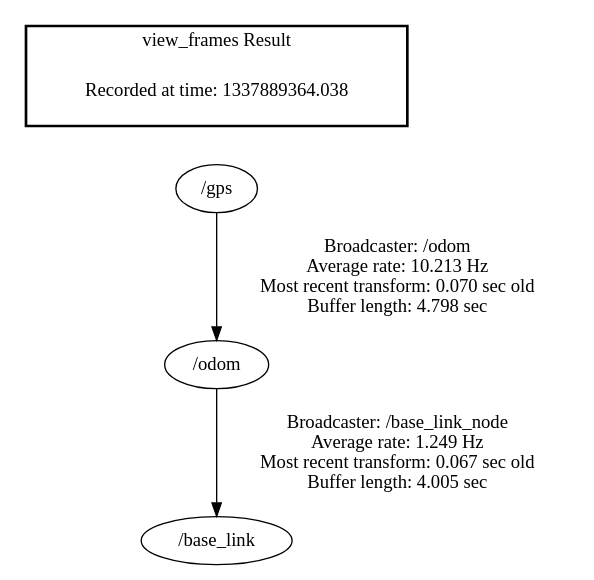
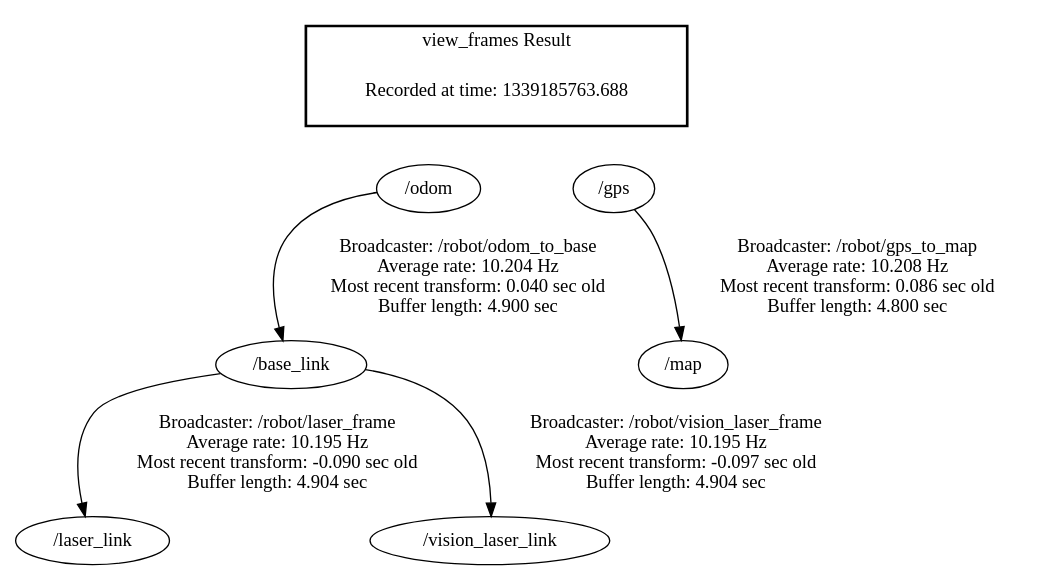
One commit to UML-Robotics-Club/igvc-2012 changed the diagram in stark_frames/nodes/frames.gv. Above: the diagram before and after it, drawn with Graphviz. The commit also changed 9 other files, not shown here.

Commit message:
redid robot frames

```diff
--- a/stark_frames/nodes/frames.gv
+++ b/stark_frames/nodes/frames.gv
@@ -1,8 +1,14 @@
 digraph G {
-"/gps" -> "/odom"[label="Broadcaster: /odom\nAverage rate: 10.213 Hz\nMost recent transform: 0.070 sec old \nBuffer length: 4.798 sec\n"];
-"/odom" -> "/base_link"[label="Broadcaster: /base_link_node\nAverage rate: 1.249 Hz\nMost recent transform: 0.067 sec old \nBuffer length: 4.005 sec\n"];
+"/odom" -> "/base_link"[label="Broadcaster: /robot/odom_to_base\nAverage rate: 10.204 Hz\nMost recent transform: 0.040 sec old \nBuffer length: 4.900 sec\n"];
+"/base_link" -> "/laser_link"[label="Broadcaster: /robot/laser_frame\nAverage rate: 10.195 Hz\nMost recent transform: -0.090 sec old \nBuffer length: 4.904 sec\n"];
+"/base_link" -> "/vision_laser_link"[label="Broadcaster: /robot/vision_laser_frame\nAverage rate: 10.195 Hz\nMost recent transform: -0.097 sec old \nBuffer length: 4.904 sec\n"];
+"/gps" -> "/map"[label="Broadcaster: /robot/gps_to_map\nAverage rate: 10.208 Hz\nMost recent transform: 0.086 sec old \nBuffer length: 4.800 sec\n"];
 edge [style=invis];
  subgraph cluster_legend { style=bold; color=black; label ="view_frames Result";
-"Recorded at time: 1337889364.038"[ shape=plaintext ] ;
+"Recorded at time: 1339185763.688"[ shape=plaintext ] ;
+ }->"/odom";
+edge [style=invis];
+ subgraph cluster_legend { style=bold; color=black; label ="view_frames Result";
+"Recorded at time: 1339185763.688"[ shape=plaintext ] ;
  }->"/gps";
 }
```
